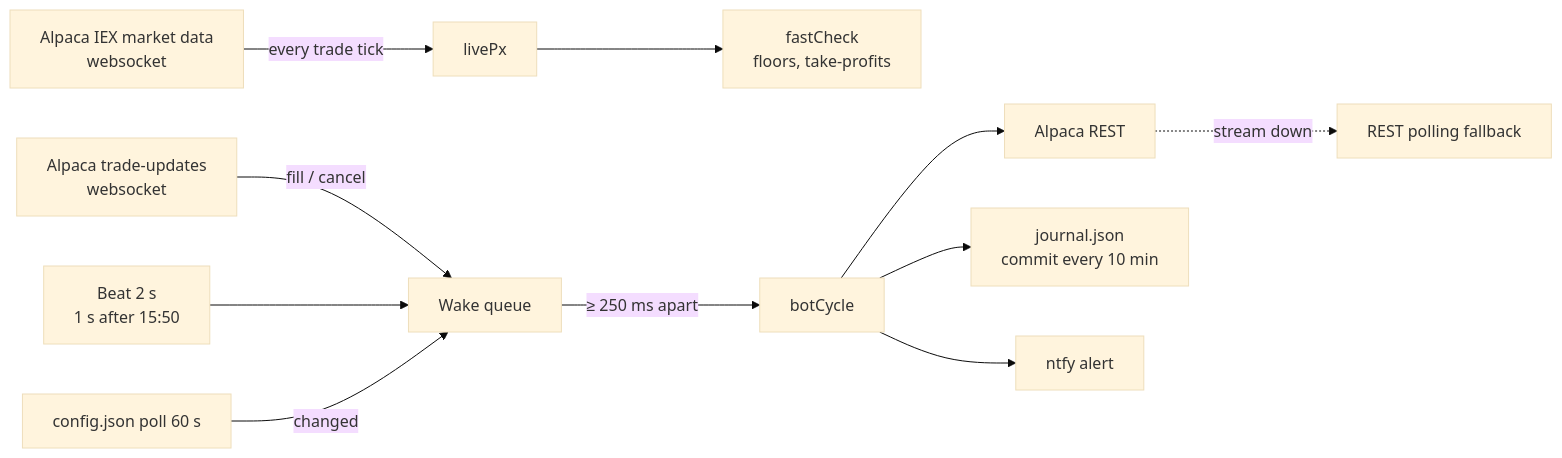
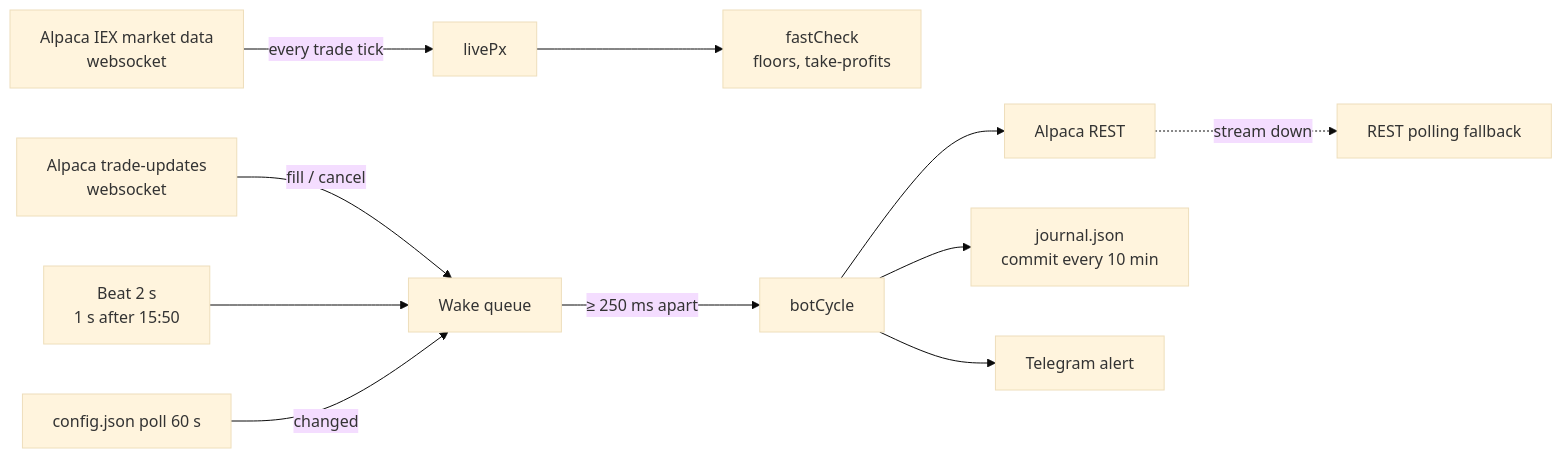
One commit to harimula/signal-desk changed the sixth of 7 diagrams in docs/ARCHITECTURE.md. Above: the diagram before and after it, drawn with Mermaid (base theme). The commit also changed other lines of this file and 15 other files, not shown here.

First line of the commit message:
Remove ntfy: Telegram is the only alert channel (page, bot, watchdog, workflows, CSP, tests, docs)

````diff
--- a/docs/ARCHITECTURE.md
+++ b/docs/ARCHITECTURE.md
@@ -346,12 +346,12 @@
 ```mermaid
 flowchart LR
   TU[Alpaca trade-updates<br/>websocket] -->|fill / cancel| Q[Wake queue]
   MD[Alpaca IEX market data<br/>websocket] -->|every trade tick| PX[livePx] --> FC[fastCheck<br/>floors, take-profits]
   HB[Beat 2 s<br/>1 s after 15:50] --> Q
   CF[config.json poll 60 s] -->|changed| Q
   Q -->|≥ 250 ms apart| CY[botCycle]
   CY --> AL[Alpaca REST]
   CY --> J[journal.json<br/>commit every 10 min]
-  CY --> NT[ntfy alert]
+  CY --> NT[Telegram alert]
   AL -.->|stream down| POLL[REST polling fallback]
 ```
````
